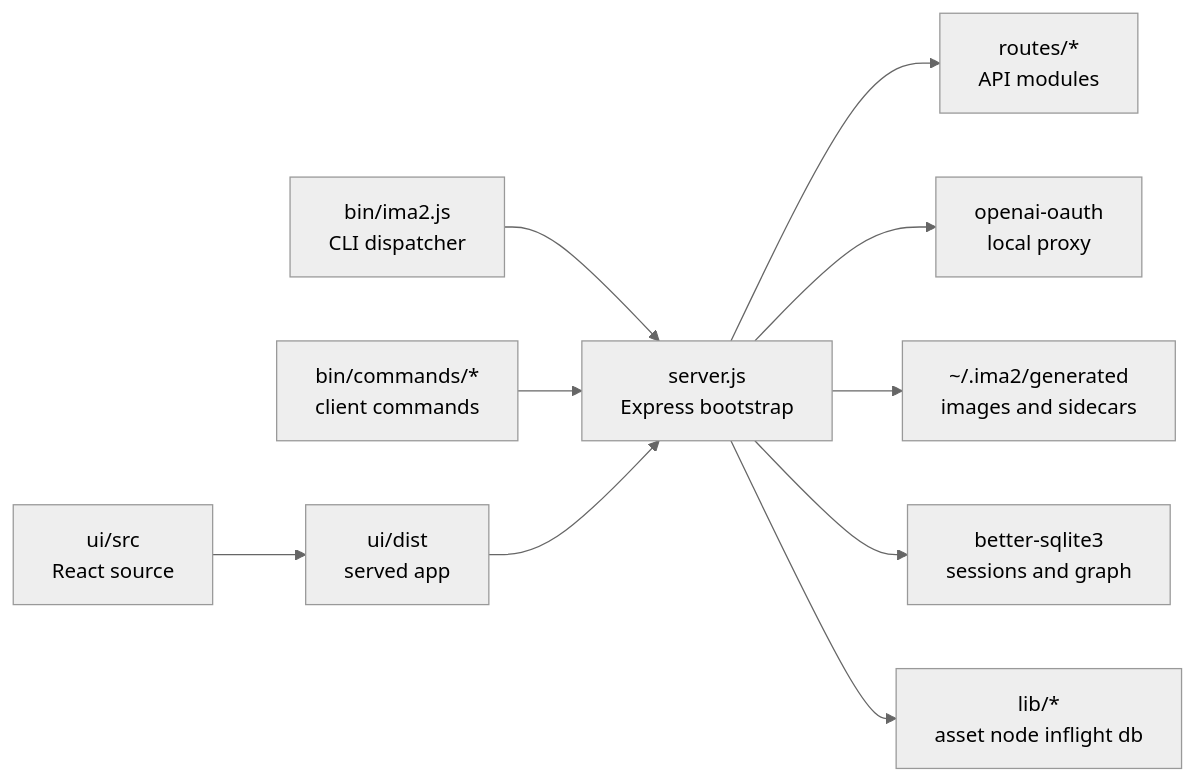
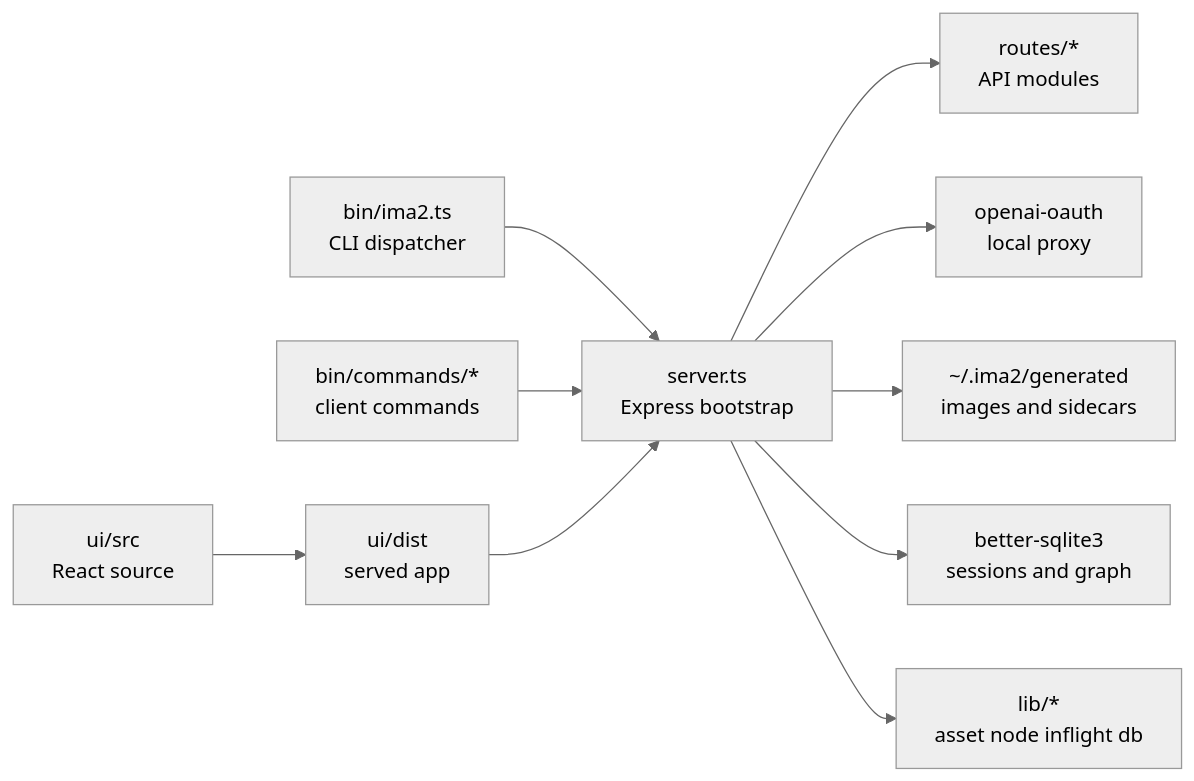
The diagram in structure/00-structure-hub.md (ChatPoongKun/ima2-gen), drawn with Mermaid (neutral theme) before and after one commit. The commit also changed other lines of this file and 9 other files, not shown here.

````diff
--- a/structure/00-structure-hub.md
+++ b/structure/00-structure-hub.md
@@ -23,12 +23,12 @@
 ```mermaid
 graph LR
-    CLI["bin/ima2.js<br/>CLI dispatcher"] --> API["server.js<br/>Express bootstrap"]
+    CLI["bin/ima2.ts<br/>CLI dispatcher"] --> API["server.ts<br/>Express bootstrap"]
     CMDS["bin/commands/*<br/>client commands"] --> API
     WEB["ui/dist<br/>served app"] --> API
     SRC["ui/src<br/>React source"] --> WEB
     API --> ROUTES["routes/*<br/>API modules"]
     API --> OAUTH["openai-oauth<br/>local proxy"]
     API --> GEN["~/.ima2/generated<br/>images and sidecars"]
     API --> DB["better-sqlite3<br/>sessions and graph"]
     API --> LIB["lib/*<br/>asset node inflight db"]
 ```
````
